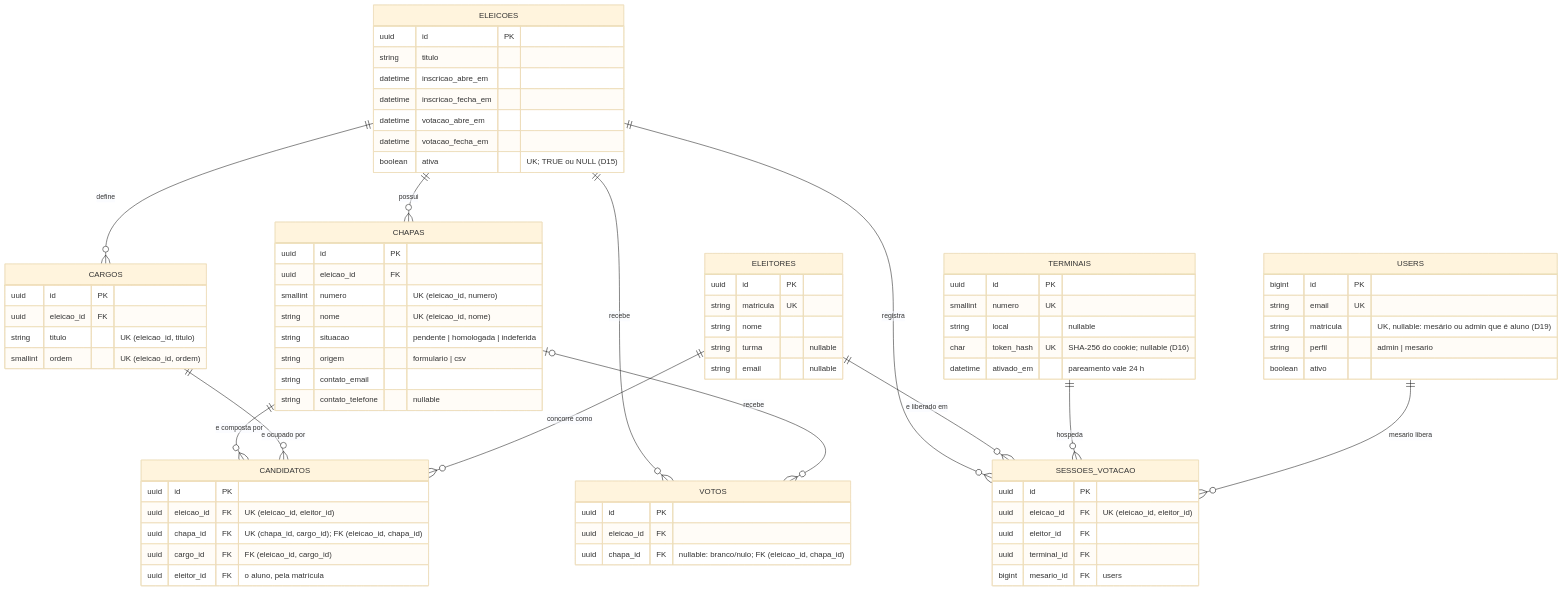
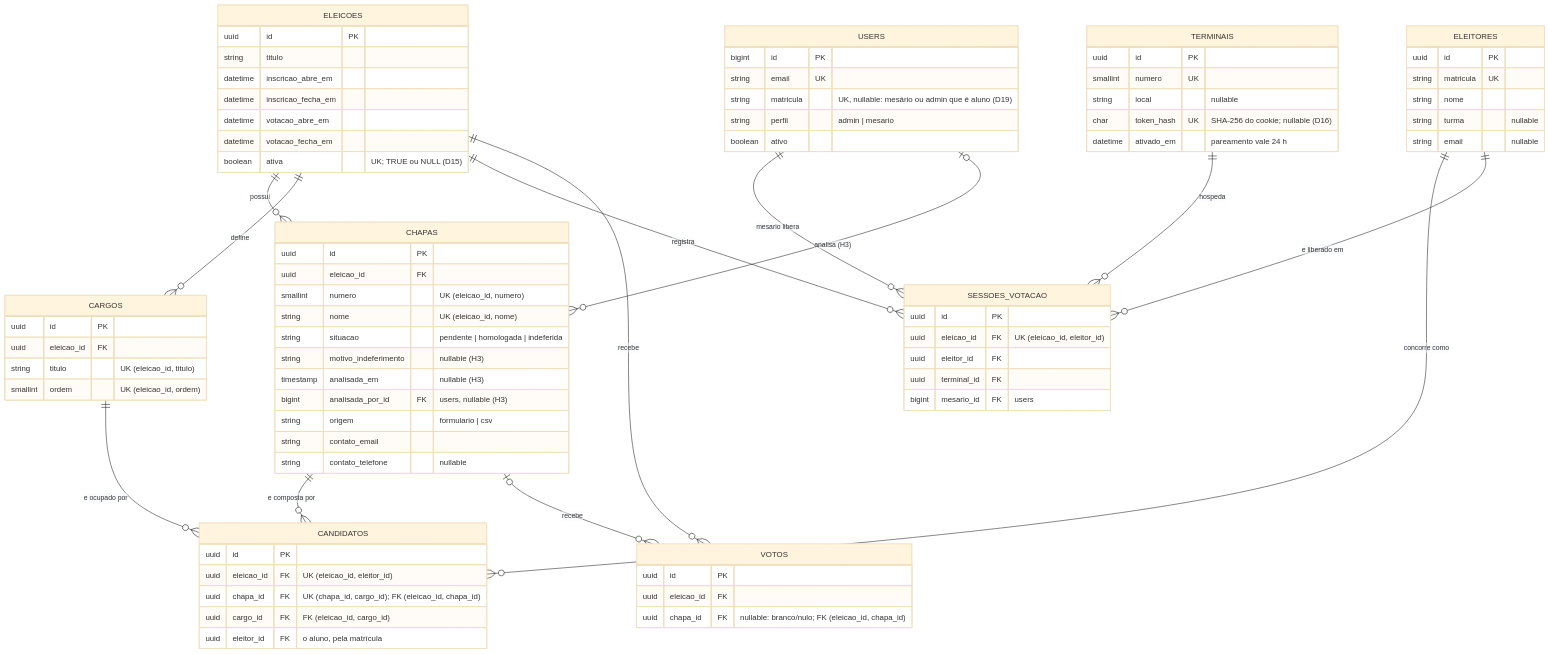
The diagram in docs/MODELO_DADOS.md (prof-ronildo-unicatolica/votacao-digitech), drawn with Mermaid (base theme) before and after one commit. The commit also changed other lines of this file and 23 other files, not shown here.

````diff
--- a/docs/MODELO_DADOS.md
+++ b/docs/MODELO_DADOS.md
@@ -32,6 +32,9 @@
         smallint numero "UK (eleicao_id, numero)"
         string nome "UK (eleicao_id, nome)"
         string situacao "pendente | homologada | indeferida"
+        string motivo_indeferimento "nullable (H3)"
+        timestamp analisada_em "nullable (H3)"
+        bigint analisada_por_id FK "users, nullable (H3)"
         string origem "formulario | csv"
         string contato_email
         string contato_telefone "nullable"
@@ -87,4 +90,5 @@
     ELEITORES ||--o{ SESSOES_VOTACAO : "e liberado em"
     TERMINAIS ||--o{ SESSOES_VOTACAO : "hospeda"
     USERS    ||--o{ SESSOES_VOTACAO : "mesario libera"
+    USERS    |o--o{ CHAPAS : "analisa (H3)"
 ```
````
